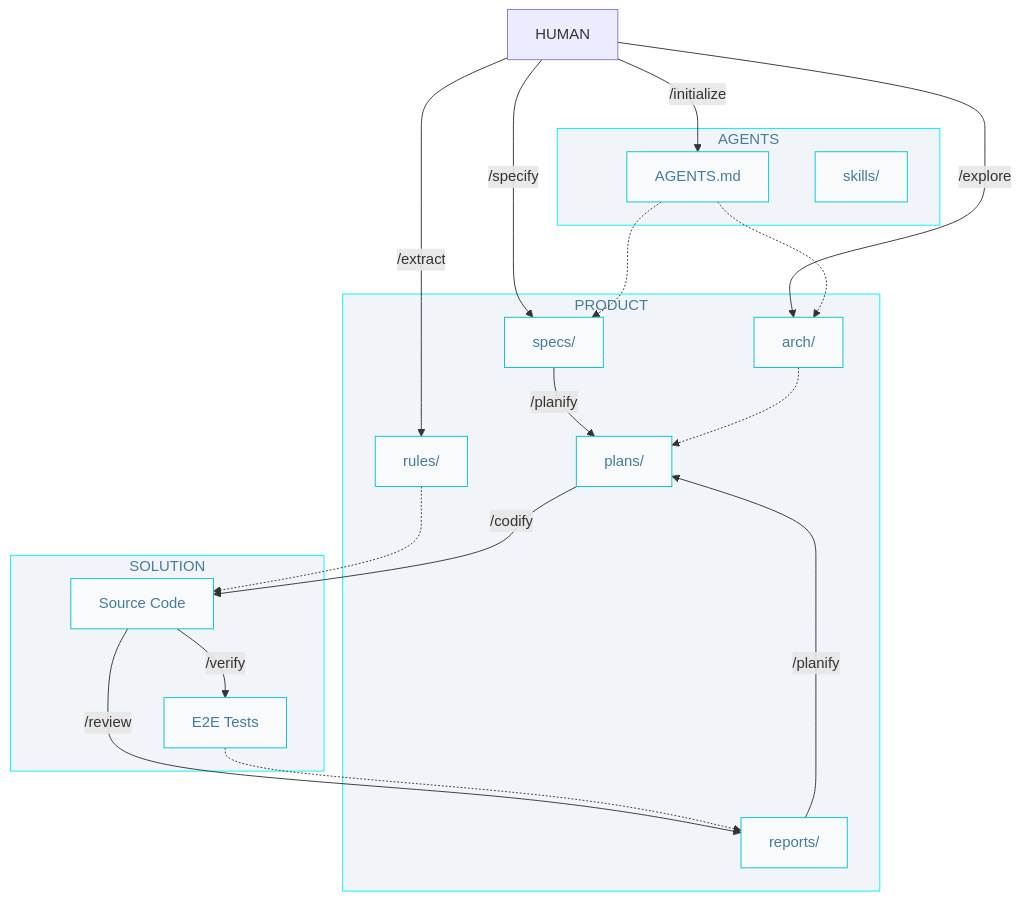
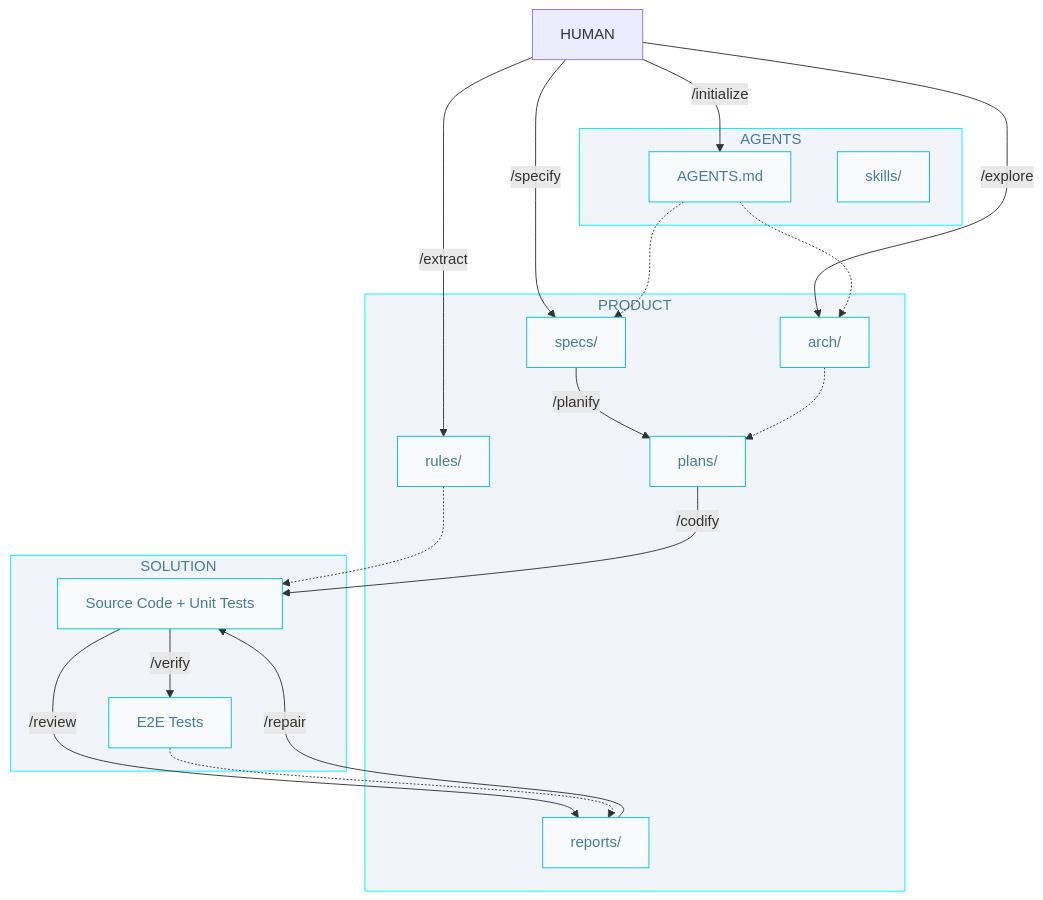
The diagram in docs/AIDD.workflow.md (AIDDbot/AIDDbot), drawn with Mermaid before and after one commit. The commit also changed other lines of this file and 1 other file, not shown here.

Commit message:
feat: add repair skill documentation and update workflow with repair command

````diff
--- a/docs/AIDD.workflow.md
+++ b/docs/AIDD.workflow.md
@@ -3,43 +3,43 @@
 ```mermaid
 flowchart TD
   classDef nd fill:#f8fafc,stroke:#00c4cc,color:#457b9d
   classDef sg fill:#f1f5f9,stroke:#00f2ff,color:#457b9d 
 
   HUM[HUMAN]
 
   subgraph P["PRODUCT"]
       SPC["specs/"]:::nd
       PLN["plans/"]:::nd
       RPT["reports/"]:::nd
       ARC["arch/"]:::nd
       RUL["rules/"]:::nd
   end
 
   subgraph A["AGENTS"]
       AGT["AGENTS.md"]:::nd
       SKL["skills/"]:::nd
   end  
 
   subgraph S["SOLUTION"]
-      COD[Source Code]:::nd
+      COD["Source Code + Unit Tests"]:::nd
       E2E["E2E Tests"]:::nd
   end
 
   HUM -->|/initialize| AGT
   HUM -->|/explore| ARC
   HUM -->|/extract| RUL
   HUM -->|/specify| SPC
-  RPT -->|/planify| PLN
   AGT -.-> SPC  
   AGT -.-> ARC
   RUL -.-> COD  
   SPC -->|/planify| PLN
   ARC -.-> PLN
 
   PLN -->|/codify| COD
   COD -->|/verify| E2E
   COD -->|/review| RPT
+  RPT -->|/repair| COD
   E2E -.-> RPT 
 
   class P,A,S sg
 ```
````
